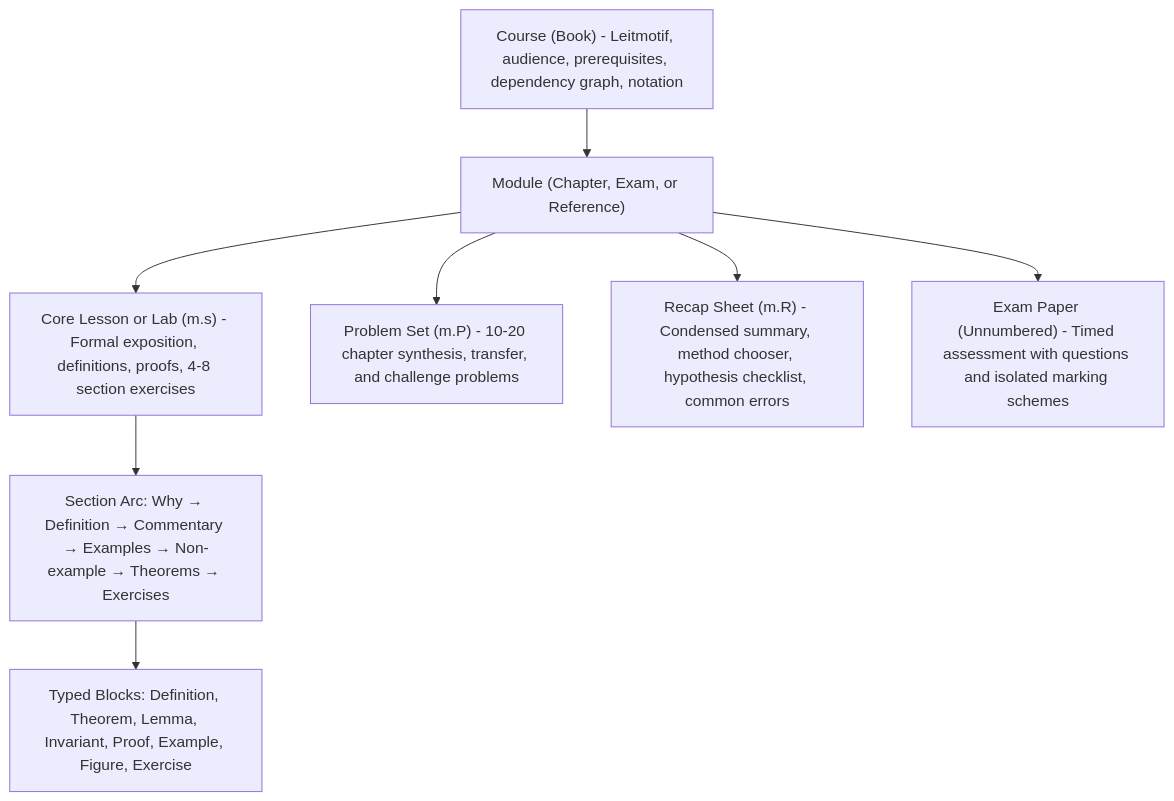
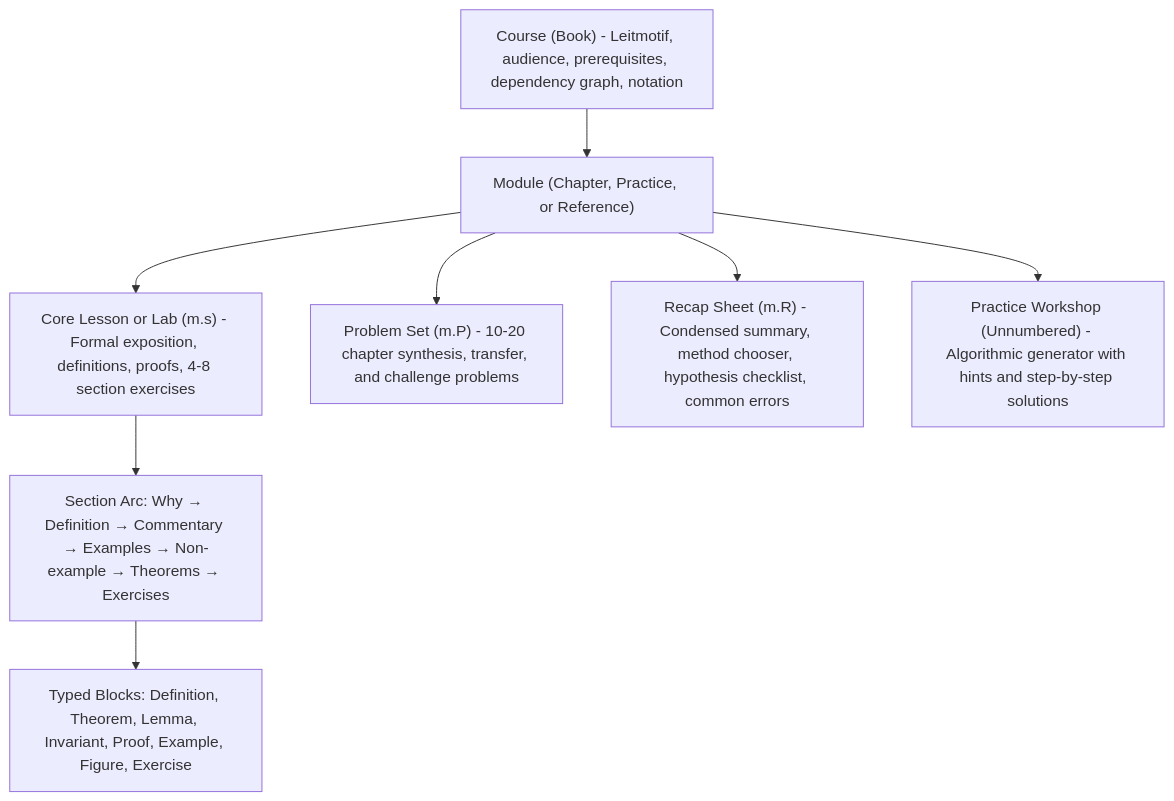
Before and after one commit to LibreUni/LibreUni: the diagram in docs/agent-rules/COURSE_STRUCTURE.md, drawn with Mermaid. The commit also changed other lines of this file and 76 other files, not shown here.

````diff
--- a/docs/agent-rules/COURSE_STRUCTURE.md
+++ b/docs/agent-rules/COURSE_STRUCTURE.md
@@ -13,10 +13,10 @@
 ```mermaid
 flowchart TD
-  C["Course (Book) - Leitmotif, audience, prerequisites, dependency graph, notation"] --> M["Module (Chapter, Exam, or Reference)"]
+  C["Course (Book) - Leitmotif, audience, prerequisites, dependency graph, notation"] --> M["Module (Chapter, Practice, or Reference)"]
   M --> K["Core Lesson or Lab (m.s) - Formal exposition, definitions, proofs, 4-8 section exercises"]
   M --> PS["Problem Set (m.P) - 10-20 chapter synthesis, transfer, and challenge problems"]
   M --> RC["Recap Sheet (m.R) - Condensed summary, method chooser, hypothesis checklist, common errors"]
-  M --> EX["Exam Paper (Unnumbered) - Timed assessment with questions and isolated marking schemes"]
+  M --> PR["Practice Workshop (Unnumbered) - Algorithmic generator with hints and step-by-step solutions"]
   K --> S["Section Arc: Why → Definition → Commentary → Examples → Non-example → Theorems → Exercises"]
   S --> B["Typed Blocks: Definition, Theorem, Lemma, Invariant, Proof, Example, Figure, Exercise"]
 ```
````
